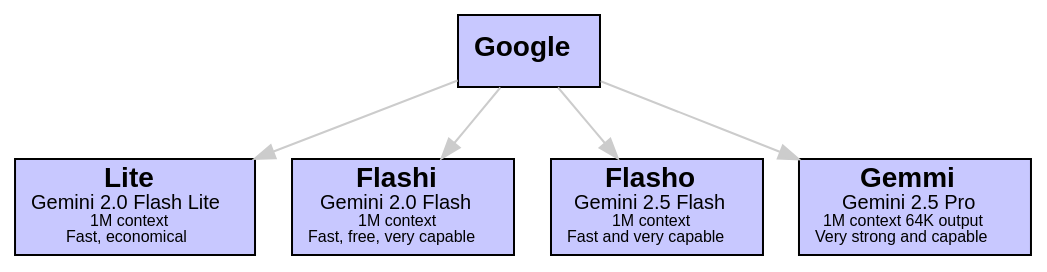
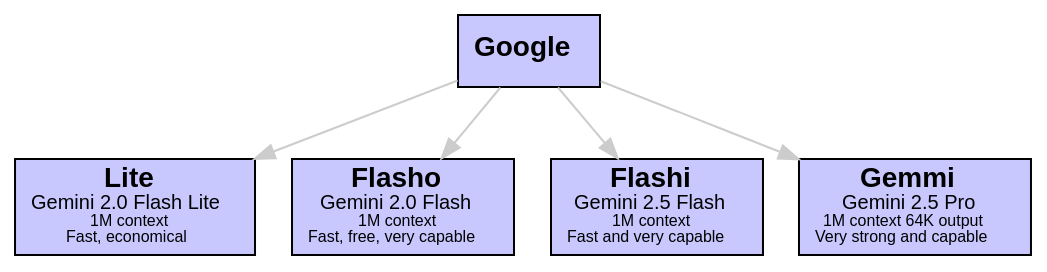
Before and after one commit to sswam/allemande: the seventh of 12 diagrams in doc/guide.md, drawn with Graphviz. The commit also changed other lines of this file and 3 other files, not shown here.

````diff
--- a/doc/guide.md
+++ b/doc/guide.md
@@ -400,18 +408,18 @@
 ```dot
 digraph Google {
     graph [bgcolor=transparent]
     edge [color="#CCCCCC"]
     node [shape=box, style=filled, fillcolor="#C8C8FF", fontname="Helvetica"]
 
     "Google" [label=<<b>Google</b>>]
     "Lite" [label=<<b>Lite</b><br/><font point-size="10">Gemini 2.0 Flash Lite</font><br/><font point-size="8">1M context</font><br/><font point-size="8">Fast, economical</font>>]
-    "Flashi" [label=<<b>Flashi</b><br/><font point-size="10">Gemini 2.0 Flash</font><br/><font point-size="8">1M context</font><br/><font point-size="8">Fast, free, very capable</font>>]
-    "Flasho" [label=<<b>Flasho</b><br/><font point-size="10">Gemini 2.5 Flash</font><br/><font point-size="8">1M context</font><br/><font point-size="8">Fast and very capable</font>>]
+    "Flasho" [label=<<b>Flasho</b><br/><font point-size="10">Gemini 2.0 Flash</font><br/><font point-size="8">1M context</font><br/><font point-size="8">Fast, free, very capable</font>>]
+    "Flashi" [label=<<b>Flashi</b><br/><font point-size="10">Gemini 2.5 Flash</font><br/><font point-size="8">1M context</font><br/><font point-size="8">Fast and very capable</font>>]
     "Gemmi" [label=<<b>Gemmi</b><br/><font point-size="10">Gemini 2.5 Pro</font><br/><font point-size="8">1M context 64K output</font><br/><font point-size="8">Very strong and capable</font>>]
 
     "Google" -> "Lite"
+    "Google" -> "Flasho"
     "Google" -> "Flashi"
-    "Google" -> "Flasho"
     "Google" -> "Gemmi"
 }
 ```
````
